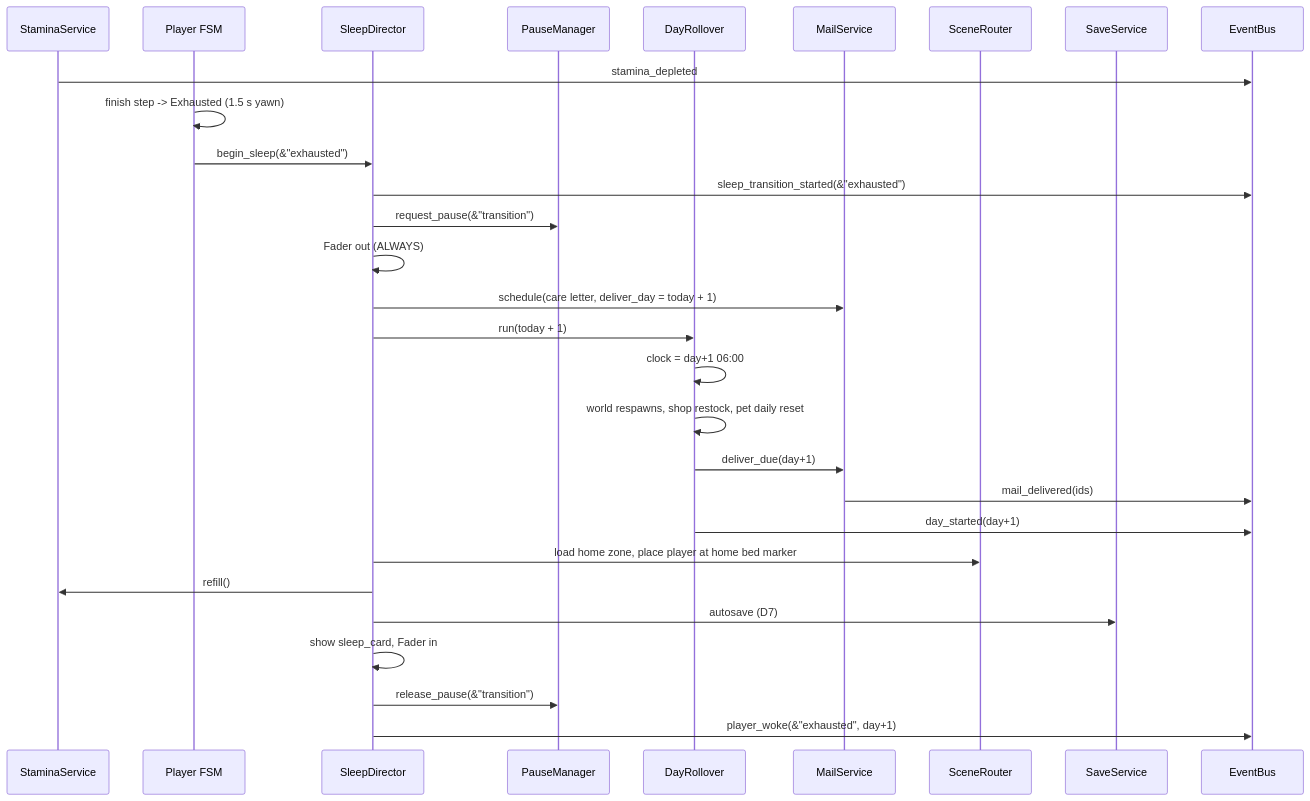
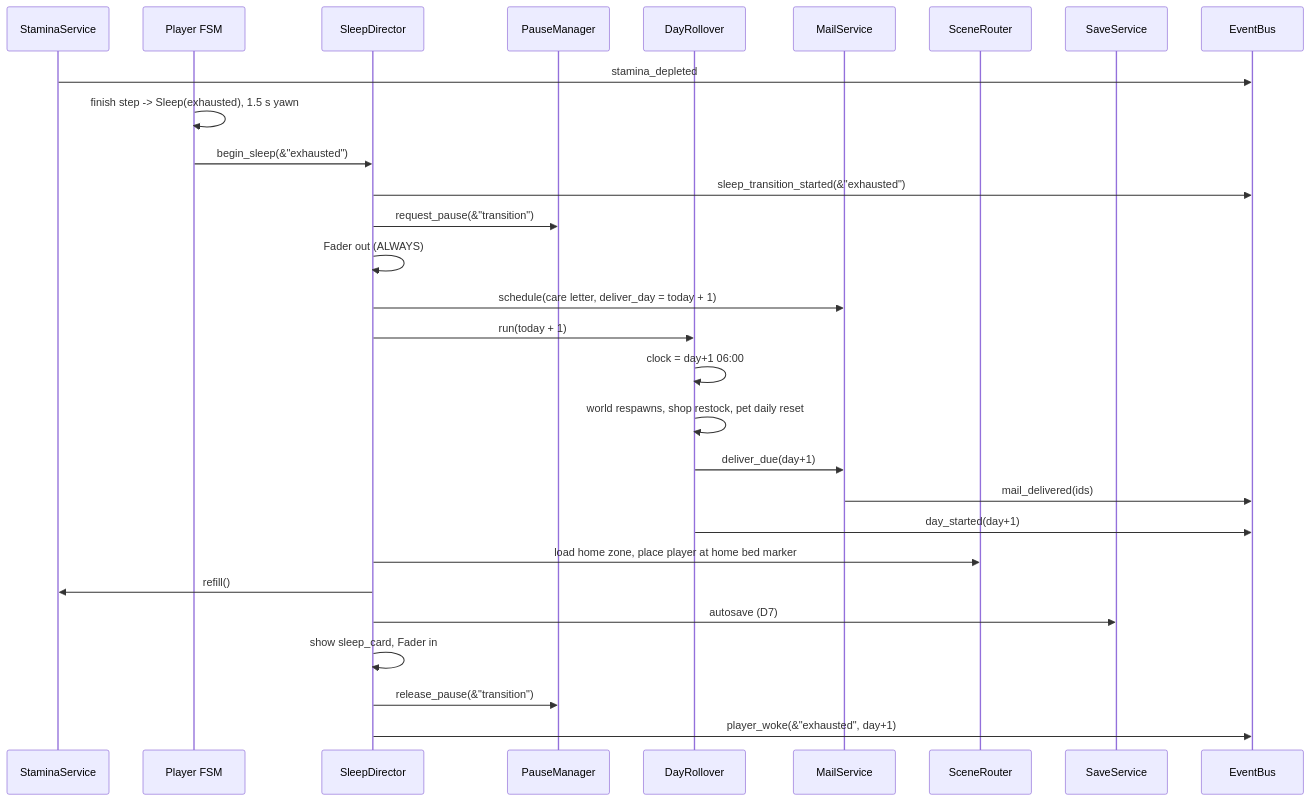
The seventh of 7 diagrams in _docs/specs/spec1.md (obamacka/gamesimpler), drawn with Mermaid before and after one commit. The commit also changed other lines of this file, not shown here.

````diff
--- a/_docs/specs/spec1.md
+++ b/_docs/specs/spec1.md
@@ -995,31 +1177,31 @@
 ```mermaid
 sequenceDiagram
     participant SS as StaminaService
     participant FSM as Player FSM
     participant SD as SleepDirector
     participant PM as PauseManager
     participant DR as DayRollover
     participant MS as MailService
     participant SR as SceneRouter
     participant SV as SaveService
     participant EB as EventBus
     SS->>EB: stamina_depleted
-    FSM->>FSM: finish step -> Exhausted (1.5 s yawn)
+    FSM->>FSM: finish step -> Sleep(exhausted), 1.5 s yawn
     FSM->>SD: begin_sleep(&"exhausted")
     SD->>EB: sleep_transition_started(&"exhausted")
     SD->>PM: request_pause(&"transition")
     SD->>SD: Fader out (ALWAYS)
     SD->>MS: schedule(care letter, deliver_day = today + 1)
     SD->>DR: run(today + 1)
     DR->>DR: clock = day+1 06:00
     DR->>DR: world respawns, shop restock, pet daily reset
     DR->>MS: deliver_due(day+1)
     MS->>EB: mail_delivered(ids)
     DR->>EB: day_started(day+1)
     SD->>SR: load home zone, place player at home bed marker
     SD->>SS: refill()
     SD->>SV: autosave (D7)
     SD->>SD: show sleep_card, Fader in
     SD->>PM: release_pause(&"transition")
     SD->>EB: player_woke(&"exhausted", day+1)
 ```
````
